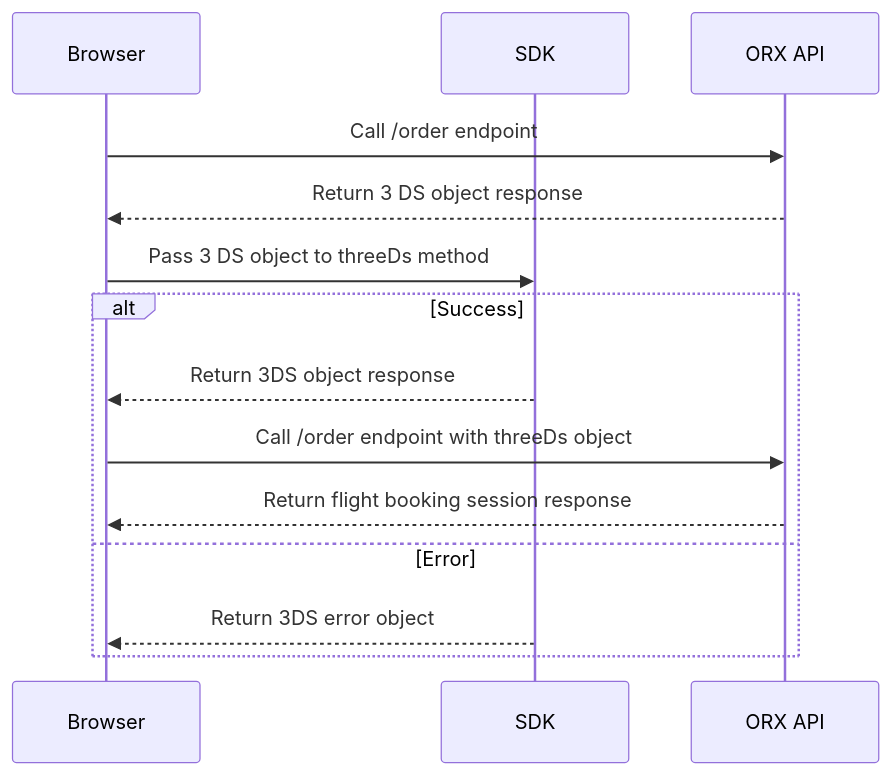
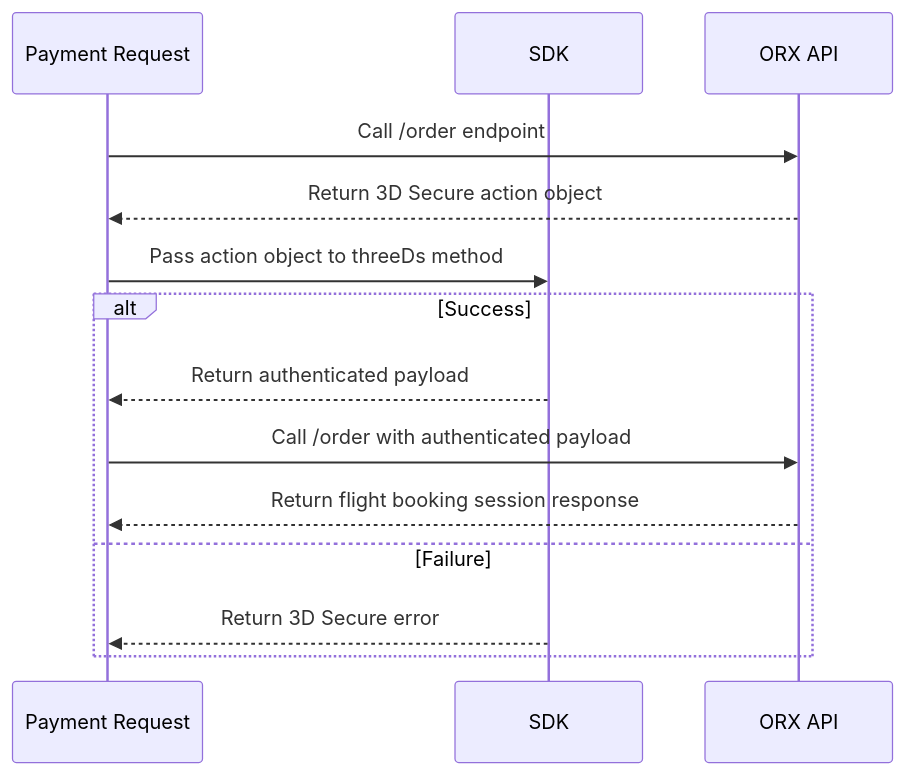
The diagram in pages/versions/v3/three-ds.mdx (ndcsol/orx-docs), drawn with Mermaid before and after one commit. The commit also changed other lines of this file and 2 other files, not shown here.

````diff
--- a/pages/versions/v3/three-ds.mdx
+++ b/pages/versions/v3/three-ds.mdx
@@ -8,16 +7,16 @@
 ```mermaid
 sequenceDiagram
-    participant Browser
-    participant SDK
-    participant ORX API
-    Browser->>ORX API: Call /order endpoint
-    ORX API-->>Browser: Return 3 DS object response
-    Browser->>SDK: Pass 3 DS object to threeDs method
+    participant A as Payment Request
+    participant C as SDK
+    participant B as ORX API
+    A->>B: Call /order endpoint
+    B-->>A: Return 3D Secure action object
+    A->>C: Pass action object to threeDs method
     alt Success
-      SDK-->>Browser: Return 3DS object response
-      Browser->>ORX API: Call /order endpoint with threeDs object
-      ORX API-->>Browser: Return flight booking session response
-    else Error
-      SDK-->>Browser: Return 3DS error object
+      C-->>A: Return authenticated payload
+      A->>B: Call /order with authenticated payload
+      B-->>A: Return flight booking session response
+    else Failure
+      C-->>A: Return 3D Secure error
     end
 ```
````
